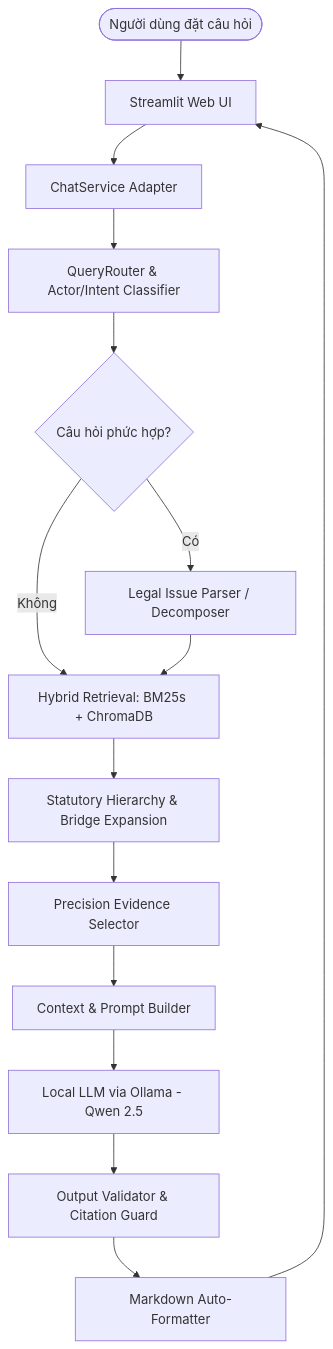
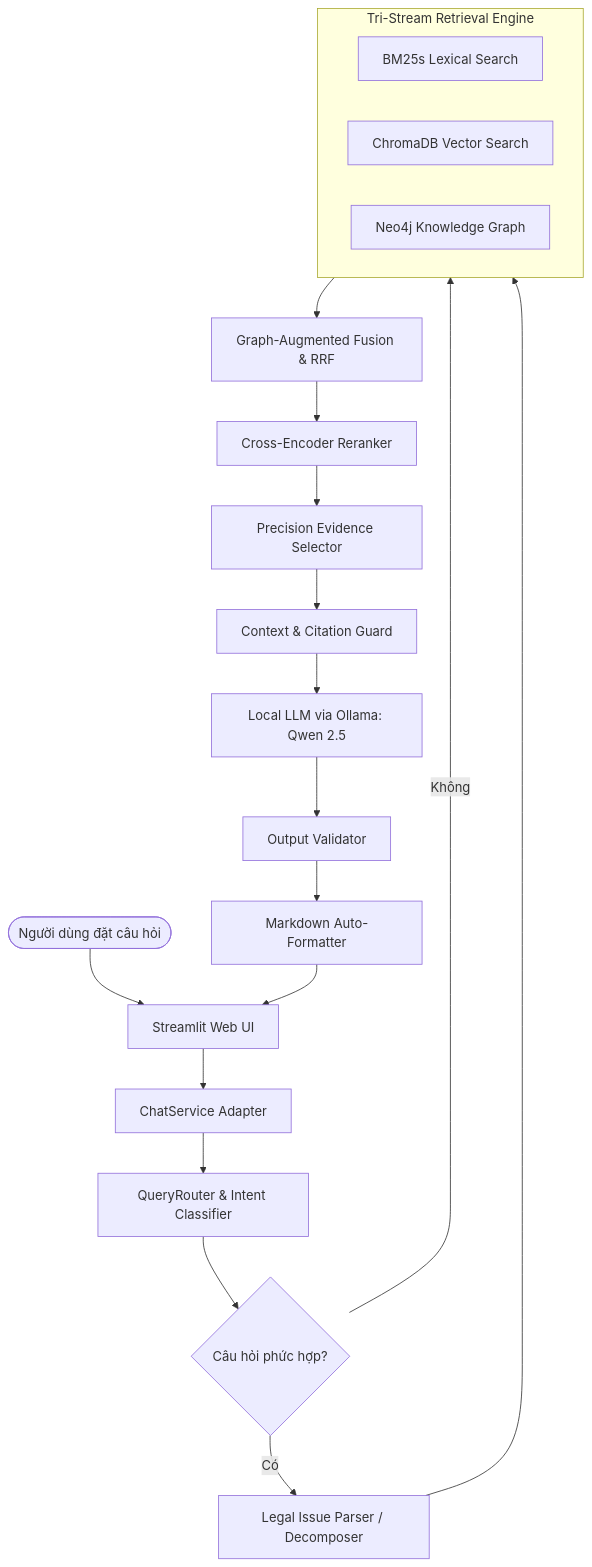
The diagram in README.md (maitamdev/Labor-Law-Chatbot), drawn with Mermaid before and after one commit. The commit also changed other lines of this file, not shown here.

Commit message:
docs: update system architecture and evaluation metrics in README

````diff
--- a/README.md
+++ b/README.md
@@ -66,21 +60,29 @@
 ```mermaid
 flowchart TD
     User([Người dùng đặt câu hỏi]) --> UI[Streamlit Web UI]
     UI --> Service[ChatService Adapter]
-    Service --> Router[QueryRouter & Actor/Intent Classifier]
+    Service --> Router[QueryRouter & Intent Classifier]
     
     Router --> Decomposer{Câu hỏi phức hợp?}
     Decomposer -- Có --> Parser[Legal Issue Parser / Decomposer]
-    Decomposer -- Không --> Search
+    Decomposer -- Không --> SearchEngine
+    Parser --> SearchEngine
     
-    Parser --> Search[Hybrid Retrieval: BM25s + ChromaDB]
-    Search --> Expansion[Statutory Hierarchy & Bridge Expansion]
-    Expansion --> Selector[Precision Evidence Selector]
+    subgraph SearchEngine [Tri-Stream Retrieval Engine]
+        direction LR
+        BM25[BM25s Lexical Search]
+        Dense[ChromaDB Vector Search]
+        Graph[Neo4j Knowledge Graph]
+    end
     
-    Selector --> PromptBuilder[Context & Prompt Builder]
-    PromptBuilder --> LocalLLM[Local LLM via Ollama - Qwen 2.5]
+    SearchEngine --> Fusion[Graph-Augmented Fusion & RRF]
+    Fusion --> Reranker[Cross-Encoder Reranker]
+    Reranker --> Selector[Precision Evidence Selector]
     
-    LocalLLM --> Validator[Output Validator & Citation Guard]
+    Selector --> PromptBuilder[Context & Citation Guard]
+    PromptBuilder --> LocalLLM[Local LLM via Ollama: Qwen 2.5]
+    
+    LocalLLM --> Validator[Output Validator]
     Validator --> Formatter[Markdown Auto-Formatter]
     Formatter --> UI
 ```
````
